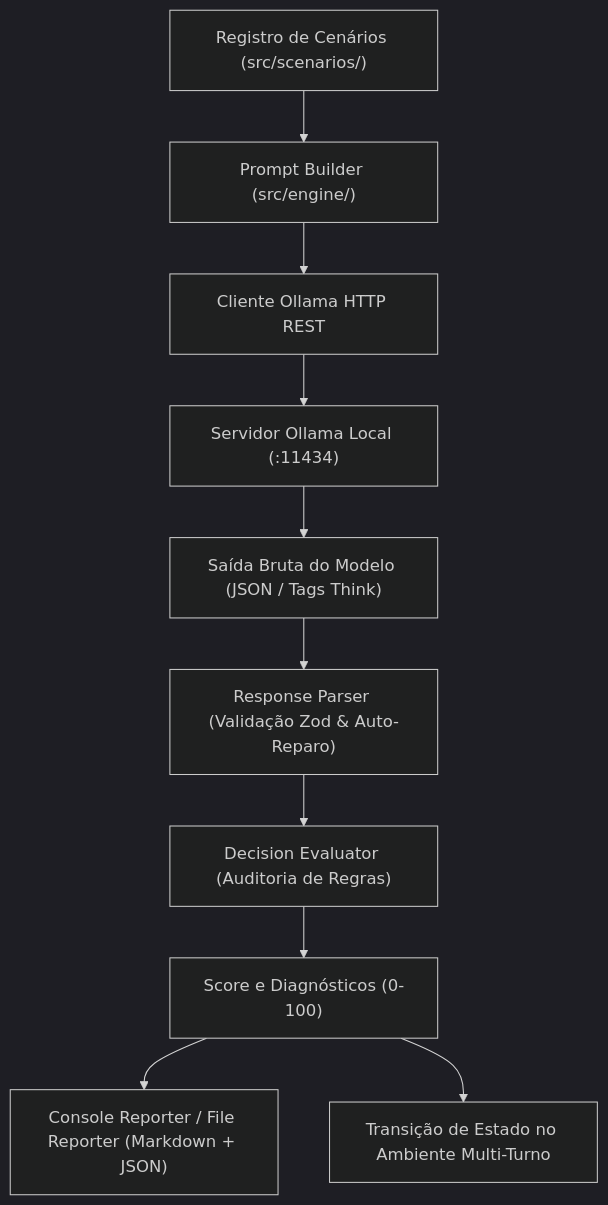
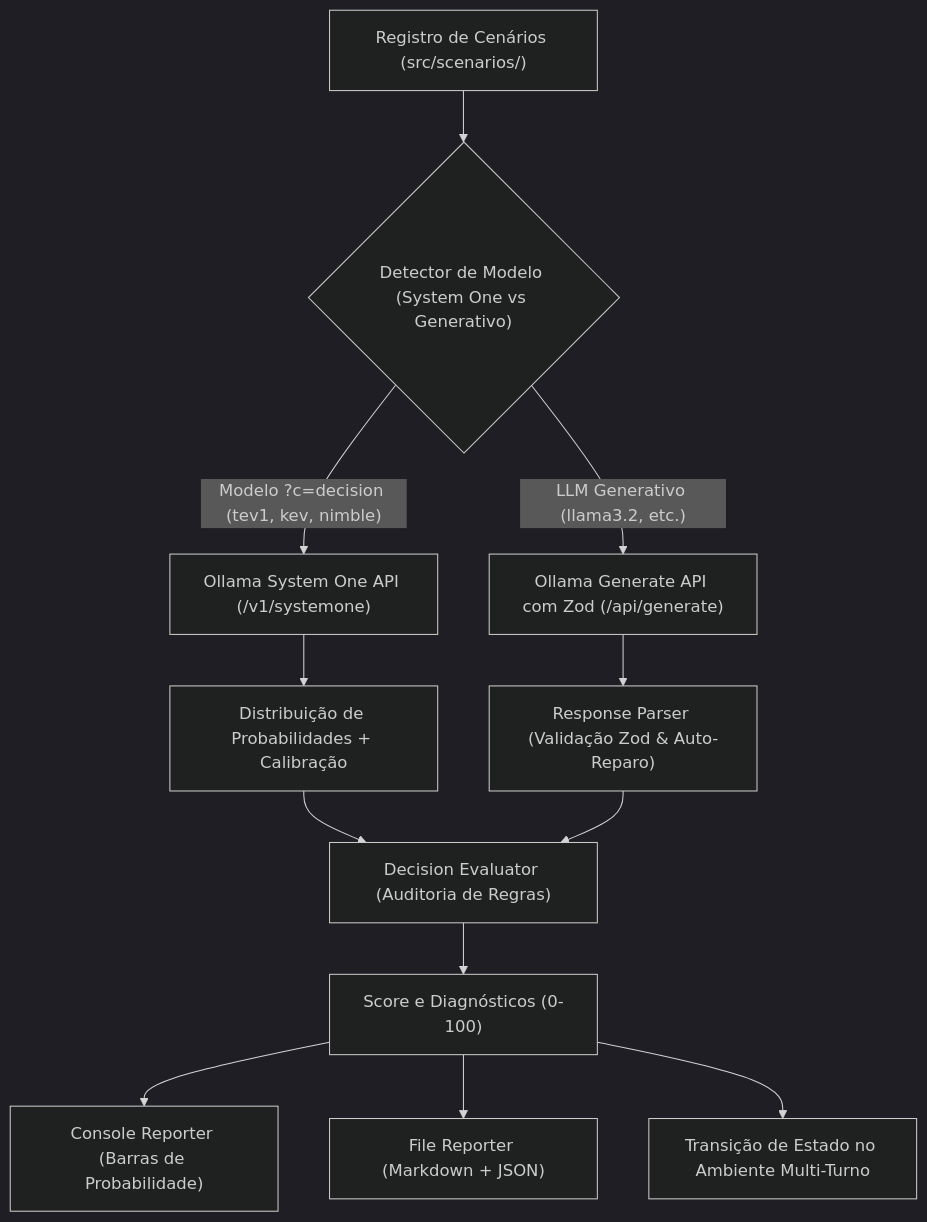
Before and after one commit to lildiop2/decision-llm-simulator: the diagram in README.md, drawn with Mermaid (dark theme). The commit also changed other lines of this file and 9 other files, not shown here.

Commit message:
feat: add native ollama systemone decision model support and probability reporting

````diff
--- a/README.md
+++ b/README.md
@@ -20,12 +23,14 @@
 ```mermaid
 flowchart TD
-    A["Registro de Cenários (src/scenarios/)"] --> B["Prompt Builder (src/engine/)"]
-    B --> C["Cliente Ollama HTTP REST"]
-    C --> D["Servidor Ollama Local (:11434)"]
-    D --> E["Saída Bruta do Modelo (JSON / Tags Think)"]
-    E --> F["Response Parser (Validação Zod & Auto-Reparo)"]
-    F --> G["Decision Evaluator (Auditoria de Regras)"]
+    A["Registro de Cenários (src/scenarios/)"] --> B{"Detector de Modelo (System One vs Generativo)"}
+    B -- "Modelo ?c=decision (tev1, kev, nimble)" --> C["Ollama System One API (/v1/systemone)"]
+    B -- "LLM Generativo (llama3.2, etc.)" --> D["Ollama Generate API com Zod (/api/generate)"]
+    C --> E["Distribuição de Probabilidades + Calibração"]
+    D --> F["Response Parser (Validação Zod & Auto-Reparo)"]
+    E --> G["Decision Evaluator (Auditoria de Regras)"]
+    F --> G
     G --> H["Score e Diagnósticos (0-100)"]
-    H --> I["Console Reporter / File Reporter (Markdown + JSON)"]
-    H --> J["Transição de Estado no Ambiente Multi-Turno"]
+    H --> I["Console Reporter (Barras de Probabilidade)"]
+    H --> J["File Reporter (Markdown + JSON)"]
+    H --> K["Transição de Estado no Ambiente Multi-Turno"]
 ```
````
